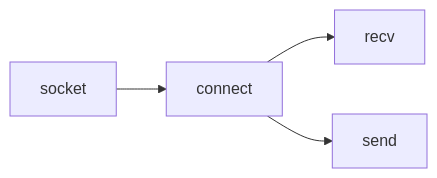
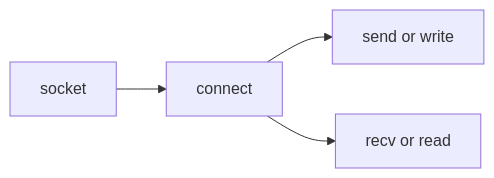
Before and after one commit to ChoiWheatley/ChoiWheatley.github.io: the first of 2 diagrams in docs/Socket Programming C API.md, drawn with Mermaid. The commit also changed other lines of this file and 3 other files, not shown here.

````diff
--- a/docs/Socket Programming C API.md
+++ b/docs/Socket Programming C API.md
@@ -16,5 +18,6 @@
 ```mermaid
 graph LR;
-socket --> connect --> recv
-connect --> send
+socket --> connect
+connect --> id1["send or write"]
+connect --> id2["recv or read"]
 ```
````
